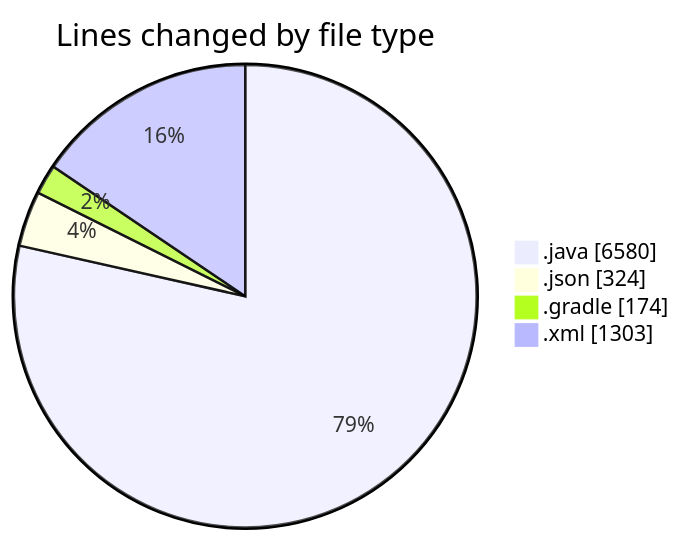
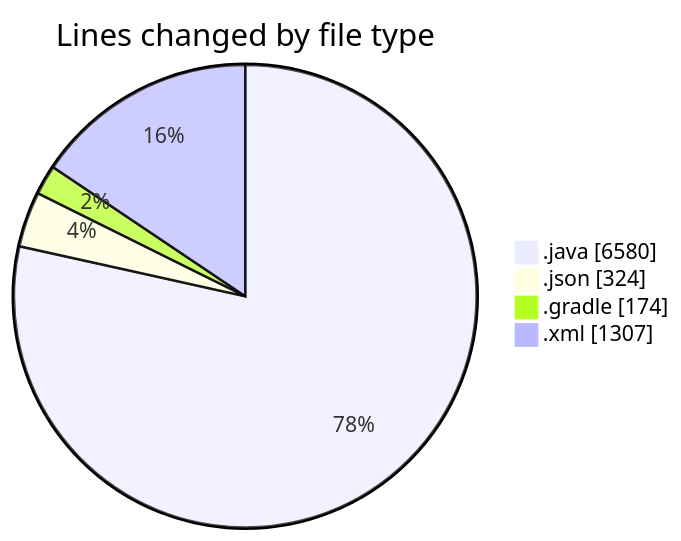
One commit to charlie-sans/code-tracking changed the first of 2 diagrams in 2025-02-22/micros/README.md. Above: the diagram before and after it, drawn with Mermaid. The commit also changed other lines of this file and 1 other file, not shown here.

````diff
--- a/2025-02-22/micros/README.md
+++ b/2025-02-22/micros/README.md
@@ -67,8 +67,8 @@
 ```mermaid
 pie showData
 title Lines changed by file type
 ".java" : 6580
 ".json" : 324
 ".gradle" : 174
-".xml" : 1303
+".xml" : 1307
 ```
````
